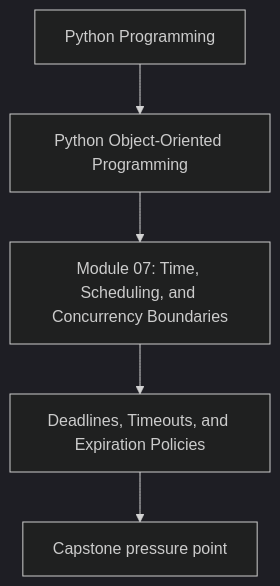
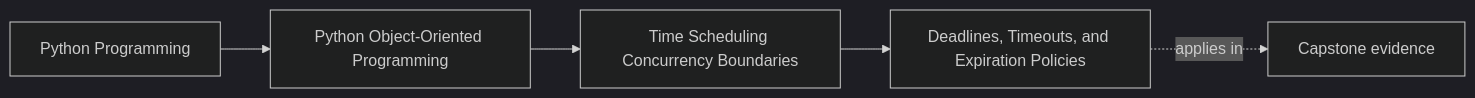
One commit to bijux/bijux-masterclass changed the first of 2 diagrams in programs/python-programming/python-object-oriented-programming/course-book/module-07-time-scheduling-concurrency-boundaries/deadlines-timeouts-and-expiration-policies.md. Above: the diagram before and after it, drawn with Mermaid (dark theme). The commit also changed other lines of this file and 103 other files, not shown here.

Commit message:
docs(python-object-oriented-programming): map sustainment and capstone surfaces

````diff
--- a/programs/python-programming/python-object-oriented-programming/course-book/module-07-time-scheduling-concurrency-boundaries/deadlines-timeouts-and-expiration-policies.md
+++ b/programs/python-programming/python-object-oriented-programming/course-book/module-07-time-scheduling-concurrency-boundaries/deadlines-timeouts-and-expiration-policies.md
@@ -7,7 +7,11 @@
 ```mermaid
-flowchart TD
-  family["Python Programming"] --> program["Python Object-Oriented Programming"]
-  program --> module["Module 07: Time, Scheduling, and Concurrency Boundaries"]
-  module --> concept["Deadlines, Timeouts, and Expiration Policies"]
-  concept --> capstone["Capstone pressure point"]
+graph LR
+  family["Python Programming"]
+  program["Python Object-Oriented Programming"]
+  section["Time Scheduling Concurrency Boundaries"]
+  page["Deadlines, Timeouts, and Expiration Policies"]
+  capstone["Capstone evidence"]
+
+  family --> program --> section --> page
+  page -.applies in.-> capstone
 ```
````
